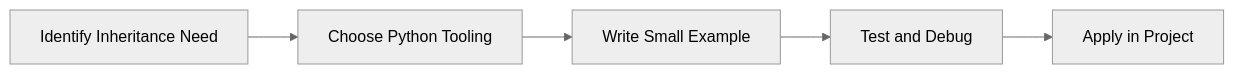
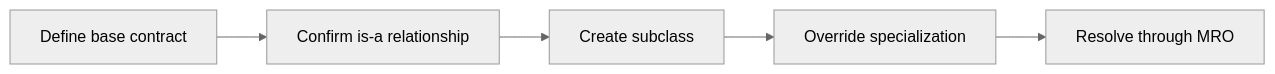
Before and after one commit to SYMOIZ/E-Learning-Portal: the diagram in Python-Mastery/Intermediate/06-inheritance.md, drawn with Mermaid (neutral theme). The commit also changed other lines of this file and 116 other files, not shown here.

````diff
--- a/Python-Mastery/Intermediate/06-inheritance.md
+++ b/Python-Mastery/Intermediate/06-inheritance.md
@@ -150,7 +176,7 @@
 ```mermaid
 flowchart LR
-    A[Identify Inheritance Need] --> B[Choose Python Tooling]
-    B --> C[Write Small Example]
-    C --> D[Test and Debug]
-    D --> E[Apply in Project]
+    A[Define base contract] --> B[Confirm is-a relationship]
+    B --> C[Create subclass]
+    C --> D[Override specialization]
+    D --> E[Resolve through MRO]
 ```
````
